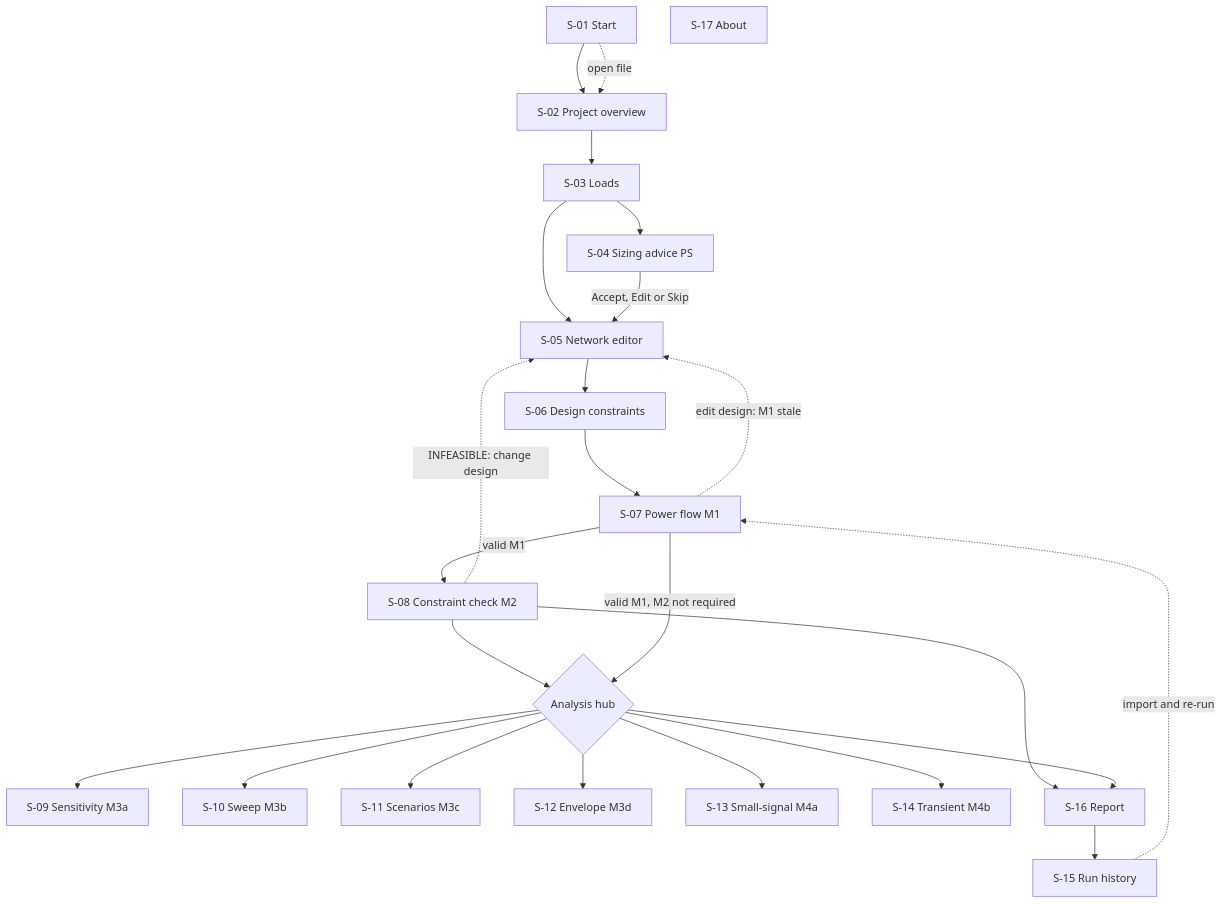
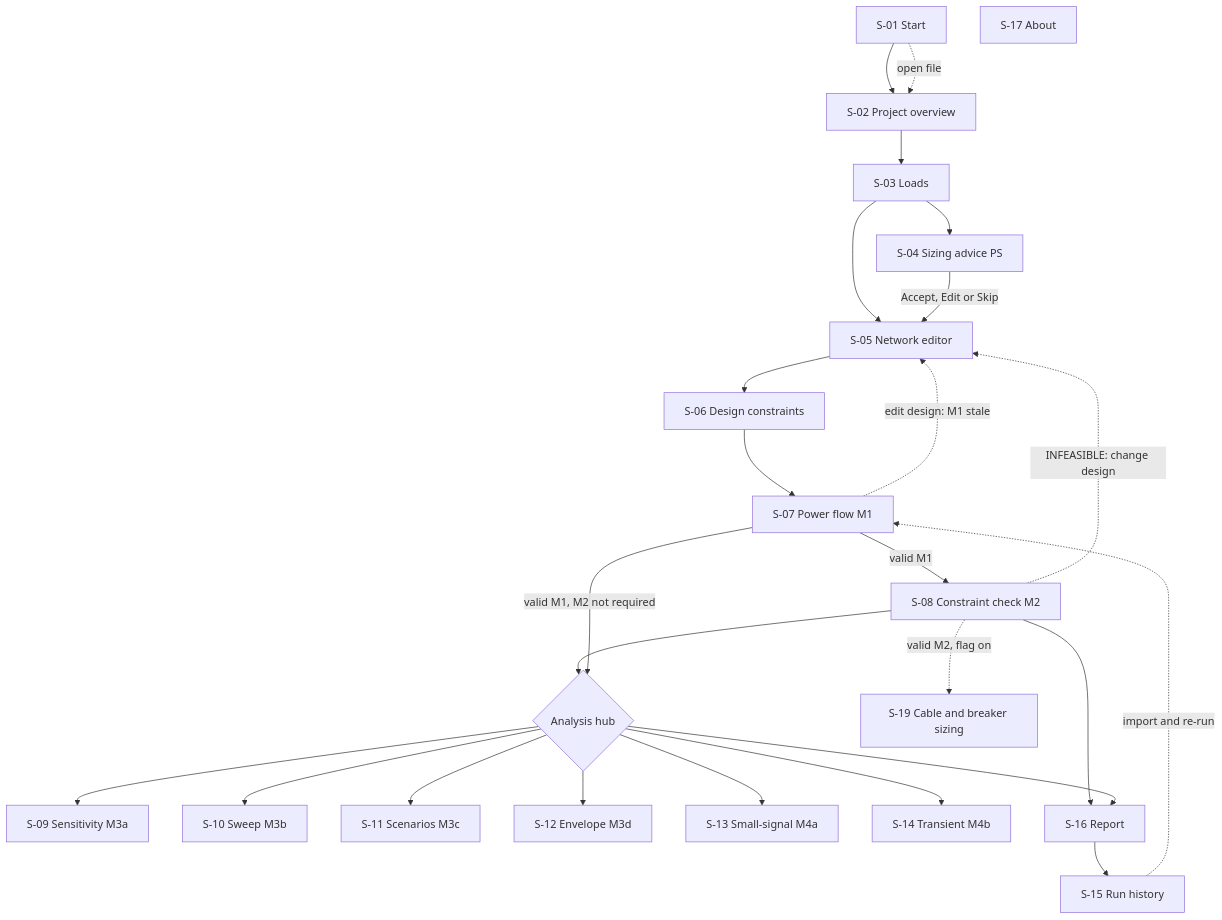
Before and after one commit to ralif444/Microgrid-Design-Tool: the first of 5 diagrams in docs/07_ui_ia.md, drawn with Mermaid. The commit also changed other lines of this file and 8 other files, not shown here.

Commit message:
X10-0: cable and overload-protection sizing documents (Doc 12 FR-105 – FR-115, Doc 9 K-07, K-08, D-100)

````diff
--- a/docs/07_ui_ia.md
+++ b/docs/07_ui_ia.md
@@ -99,27 +104,28 @@
 ```mermaid
 flowchart TB
     S01["S-01 Start"] --> S02["S-02 Project overview"]
     S02 --> S03["S-03 Loads"]
     S03 --> S04["S-04 Sizing advice PS"]
     S03 --> S05["S-05 Network editor"]
     S04 -- "Accept, Edit or Skip" --> S05
     S05 --> S06["S-06 Design constraints"]
     S06 --> S07["S-07 Power flow M1"]
     S07 -- "valid M1" --> S08["S-08 Constraint check M2"]
     S08 --> SIDE{"Analysis hub"}
     S07 -- "valid M1, M2 not required" --> SIDE
     SIDE --> S09["S-09 Sensitivity M3a"]
     SIDE --> S10["S-10 Sweep M3b"]
     SIDE --> S11["S-11 Scenarios M3c"]
     SIDE --> S12["S-12 Envelope M3d"]
     SIDE --> S13["S-13 Small-signal M4a"]
     SIDE --> S14["S-14 Transient M4b"]
+    S08 -. "valid M2, flag on" .-> S19["S-19 Cable and breaker sizing"]
     S08 --> S16["S-16 Report"]
     SIDE --> S16
     S16 --> S15["S-15 Run history"]
     S07 -. "edit design: M1 stale" .-> S05
     S08 -. "INFEASIBLE: change design" .-> S05
     S15 -. "import and re-run" .-> S07
     S01 -. "open file" .-> S02
     ABOUT["S-17 About"]
 ```
````
